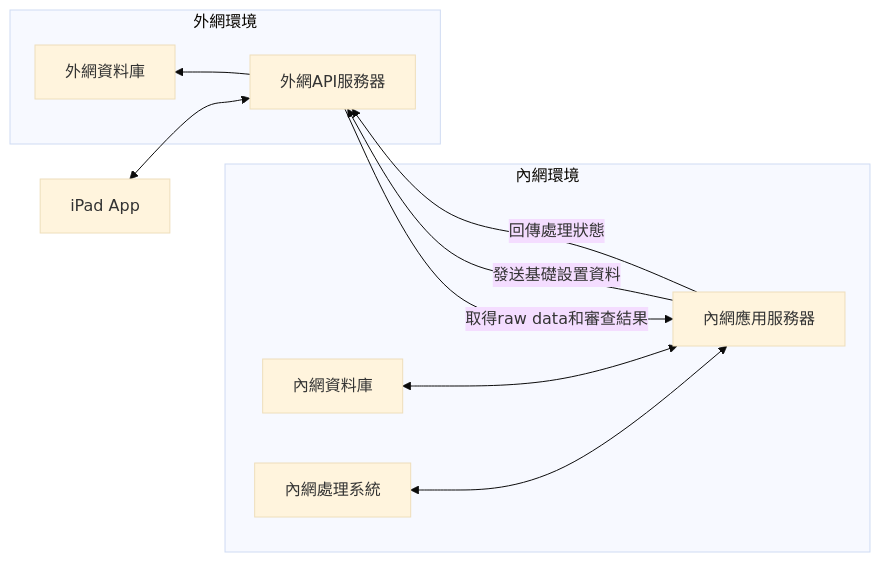
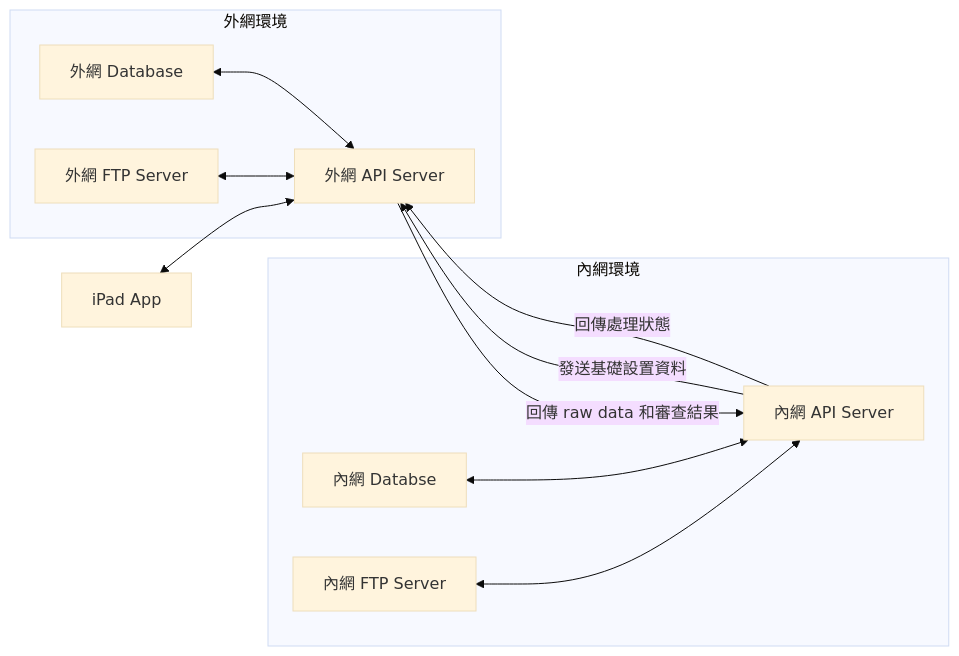
The third of 3 diagrams in README.md (sakiman/IP68), drawn with Mermaid (base theme) before and after one commit. The commit also changed other lines of this file, not shown here.

````diff
--- a/README.md
+++ b/README.md
@@ -14,23 +132,24 @@
 ```mermaid
 graph RL
     subgraph 內網環境
         S1[ ]
         S2[ ]
-        A[內網應用服務器] <--> B[內網資料庫]
-        A <--> C[內網處理系統]
+        A[內網 API Server] <--> B[內網 Databse]
+        A <--> C[內網 FTP Server]
     end
         
     subgraph 外網環境
-        D[外網API服務器] --> E[外網資料庫]
+        D[外網 API Server] <--> E[外網 Database]
+        D <--> G[外網 FTP Server]
     end
     
     F[iPad App]
     D <--> F
     
-    D -- 取得raw data和審查結果 --> A
+    D -- 回傳 raw data 和審查結果 --> A
     A -- 回傳處理狀態 --> D
     A -- 發送基礎設置資料 --> D
 
     style S1 fill:none,stroke:none
     style S2 fill:none,stroke:none
 ```
````
